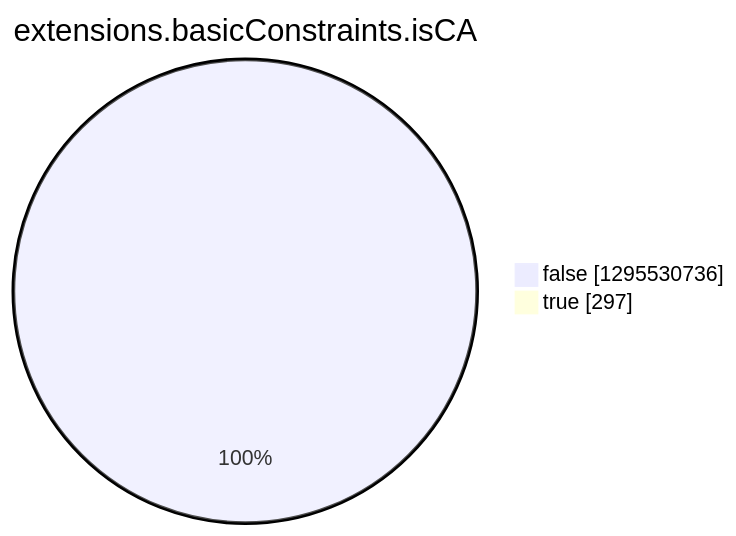
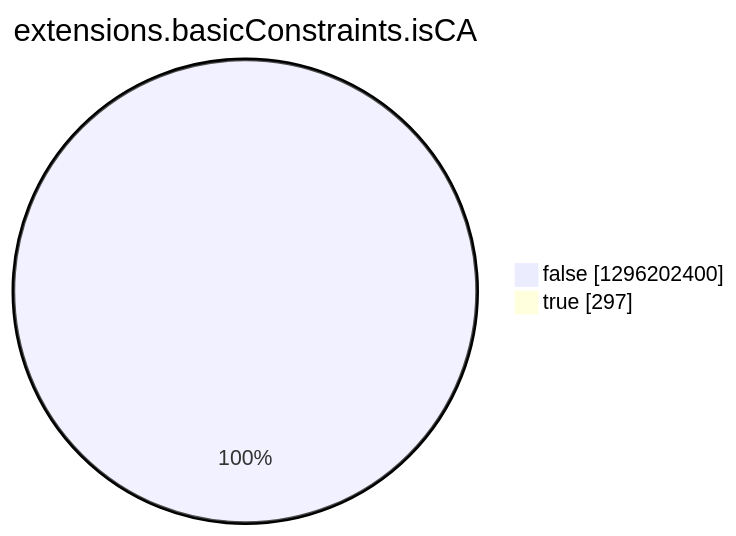
Before and after one commit to christiankrug/ctmonitor_visualization: the eighth of 15 diagrams in argon2022/README.md, drawn with Mermaid. The commit also changed other lines of this file, not shown here.

````diff
--- a/argon2022/README.md
+++ b/argon2022/README.md
@@ -2756,6 +2756,6 @@
 ```mermaid
 pie showData
 title extensions.basicConstraints.isCA
-"false" :1295530736
+"false" :1296202400
 "true" :297
 ```
````
